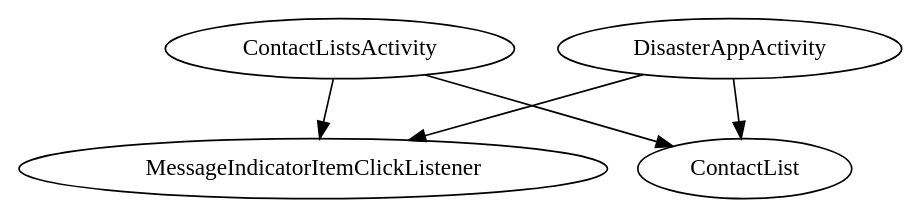
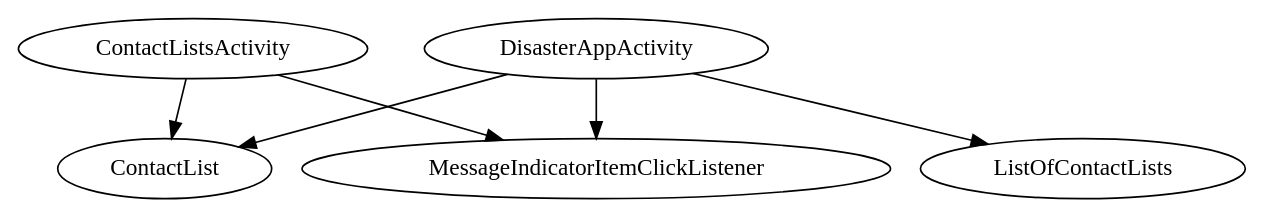
Before and after one commit to riis/ProgrammingChallengeAndroid: the diagram in DisasterAppActivity/.apt_generated/com/riis/dagger/DisasterAppObjectGraph.dot, drawn with Graphviz. The commit also changed 10 other files, not shown here.

```diff
--- a/DisasterAppActivity/.apt_generated/com/riis/dagger/DisasterAppObjectGraph.dot
+++ b/DisasterAppActivity/.apt_generated/com/riis/dagger/DisasterAppObjectGraph.dot
@@ -1,7 +1,8 @@
 digraph G1 {
   concentrate = true;
   ContactListsActivity -> MessageIndicatorItemClickListener;
   ContactListsActivity -> ContactList;
   DisasterAppActivity -> MessageIndicatorItemClickListener;
   DisasterAppActivity -> ContactList;
+  DisasterAppActivity -> ListOfContactLists;
 }
```
